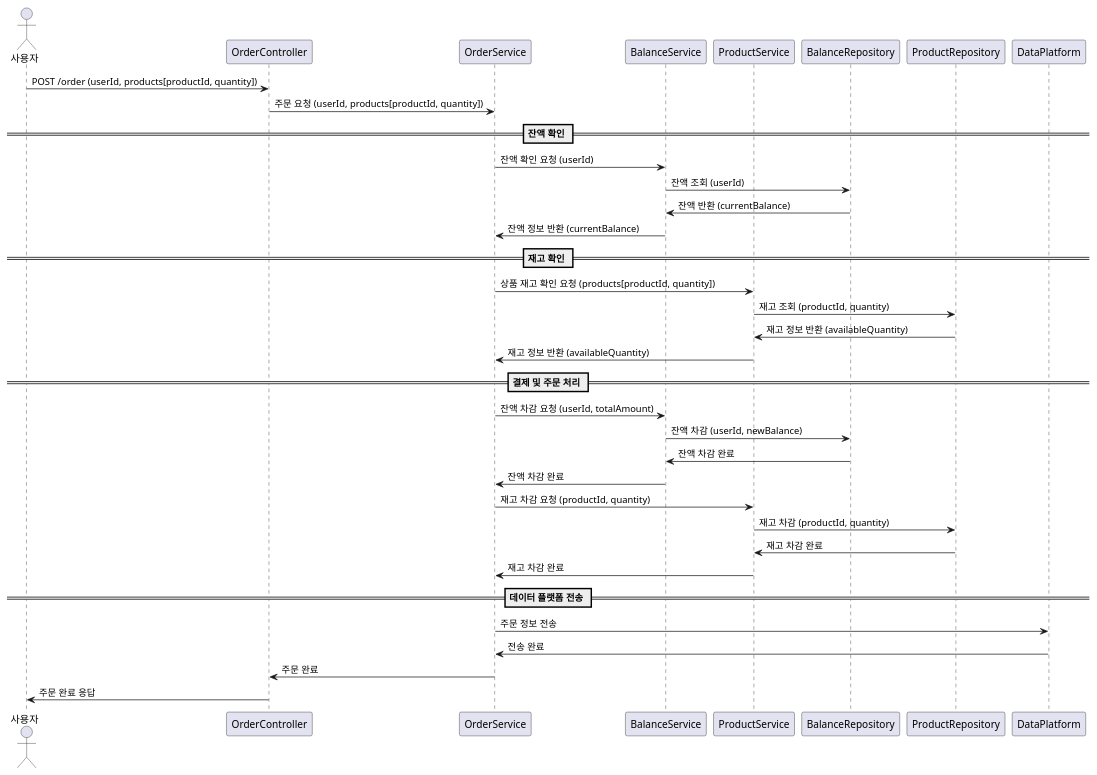
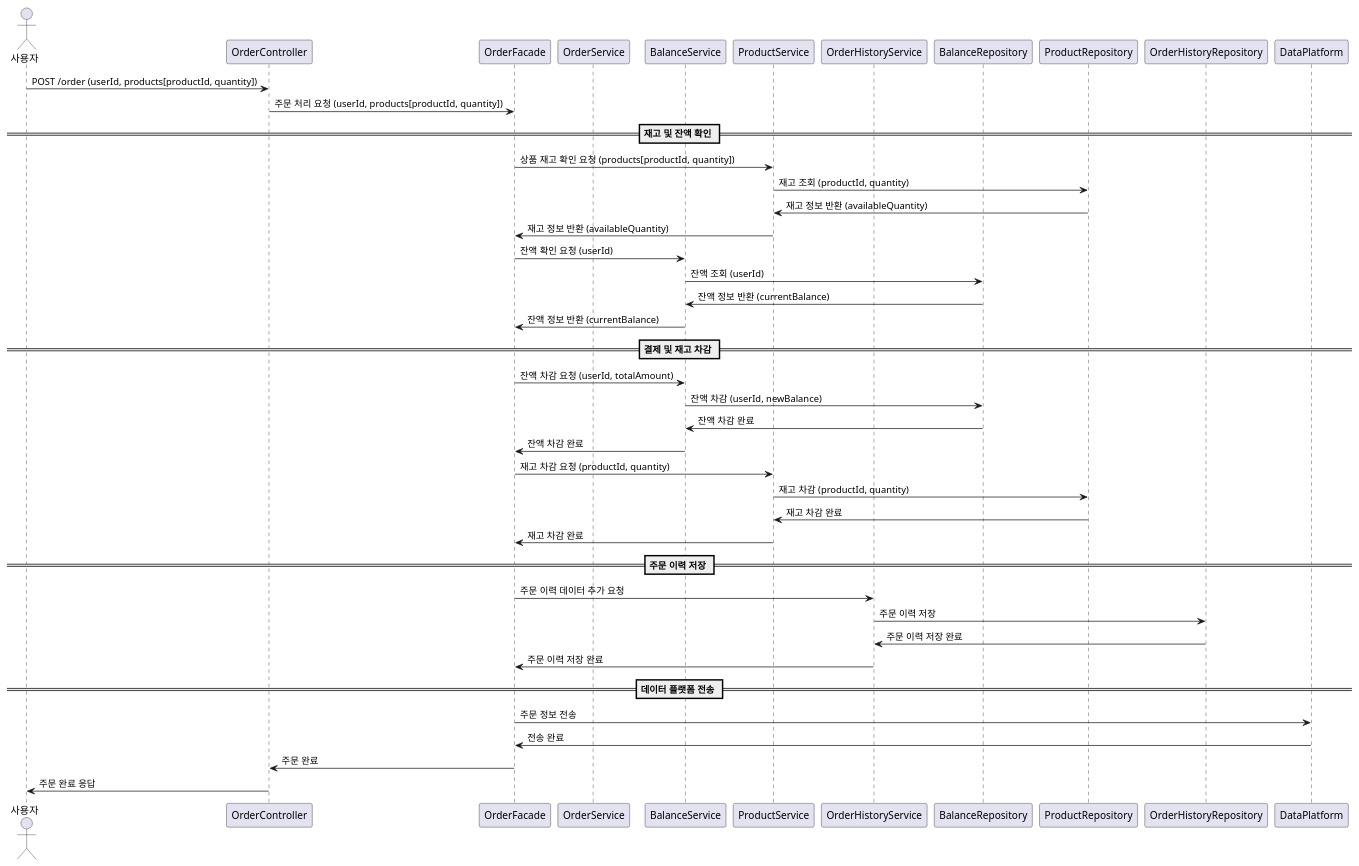
The diagram in diagram/order.puml (haahaahak/hhplus-ecommerce), drawn with PlantUML before and after one commit. The commit also changed 3 other files, not shown here.

Commit message:
docs: 시퀀스 다이어그램 수정 및 상위 상품 추가

```diff
--- a/diagram/order.puml
+++ b/diagram/order.puml
@@ -1,44 +1,53 @@
 @startuml
 actor 사용자
 
 participant "OrderController"
+participant "OrderFacade"
 participant "OrderService"
 participant "BalanceService"
 participant "ProductService"
+participant "OrderHistoryService"
 participant "BalanceRepository"
 participant "ProductRepository"
+participant "OrderHistoryRepository"
+participant "DataPlatform"
 
 사용자 -> OrderController : POST /order (userId, products[productId, quantity])
-OrderController -> OrderService : 주문 요청 (userId, products[productId, quantity])
+OrderController -> OrderFacade : 주문 처리 요청 (userId, products[productId, quantity])
 
-== 잔액 확인 ==
-OrderService -> BalanceService : 잔액 확인 요청 (userId)
-BalanceService -> BalanceRepository : 잔액 조회 (userId)
-BalanceRepository -> BalanceService : 잔액 반환 (currentBalance)
-BalanceService -> OrderService : 잔액 정보 반환 (currentBalance)
-
-== 재고 확인 ==
-OrderService -> ProductService : 상품 재고 확인 요청 (products[productId, quantity])
+== 재고 및 잔액 확인 ==
+OrderFacade -> ProductService : 상품 재고 확인 요청 (products[productId, quantity])
 ProductService -> ProductRepository : 재고 조회 (productId, quantity)
 ProductRepository -> ProductService : 재고 정보 반환 (availableQuantity)
-ProductService -> OrderService : 재고 정보 반환 (availableQuantity)
+ProductService -> OrderFacade : 재고 정보 반환 (availableQuantity)
 
-== 결제 및 주문 처리 ==
-OrderService -> BalanceService : 잔액 차감 요청 (userId, totalAmount)
+OrderFacade -> BalanceService : 잔액 확인 요청 (userId)
+BalanceService -> BalanceRepository : 잔액 조회 (userId)
+BalanceRepository -> BalanceService : 잔액 정보 반환 (currentBalance)
+BalanceService -> OrderFacade : 잔액 정보 반환 (currentBalance)
+
+== 결제 및 재고 차감 ==
+OrderFacade -> BalanceService : 잔액 차감 요청 (userId, totalAmount)
 BalanceService -> BalanceRepository : 잔액 차감 (userId, newBalance)
 BalanceRepository -> BalanceService : 잔액 차감 완료
-BalanceService -> OrderService : 잔액 차감 완료
+BalanceService -> OrderFacade : 잔액 차감 완료
 
-OrderService -> ProductService : 재고 차감 요청 (productId, quantity)
+OrderFacade -> ProductService : 재고 차감 요청 (productId, quantity)
 ProductService -> ProductRepository : 재고 차감 (productId, quantity)
 ProductRepository -> ProductService : 재고 차감 완료
-ProductService -> OrderService : 재고 차감 완료
+ProductService -> OrderFacade : 재고 차감 완료
+
+== 주문 이력 저장 ==
+OrderFacade -> OrderHistoryService : 주문 이력 데이터 추가 요청
+OrderHistoryService -> OrderHistoryRepository : 주문 이력 저장
+OrderHistoryRepository -> OrderHistoryService : 주문 이력 저장 완료
+OrderHistoryService -> OrderFacade : 주문 이력 저장 완료
 
 == 데이터 플랫폼 전송 ==
-OrderService -> DataPlatform : 주문 정보 전송
-DataPlatform -> OrderService : 전송 완료
+OrderFacade -> DataPlatform : 주문 정보 전송
+DataPlatform -> OrderFacade : 전송 완료
 
-OrderService -> OrderController : 주문 완료
+OrderFacade -> OrderController : 주문 완료
 OrderController -> 사용자 : 주문 완료 응답
 
 @enduml
```
